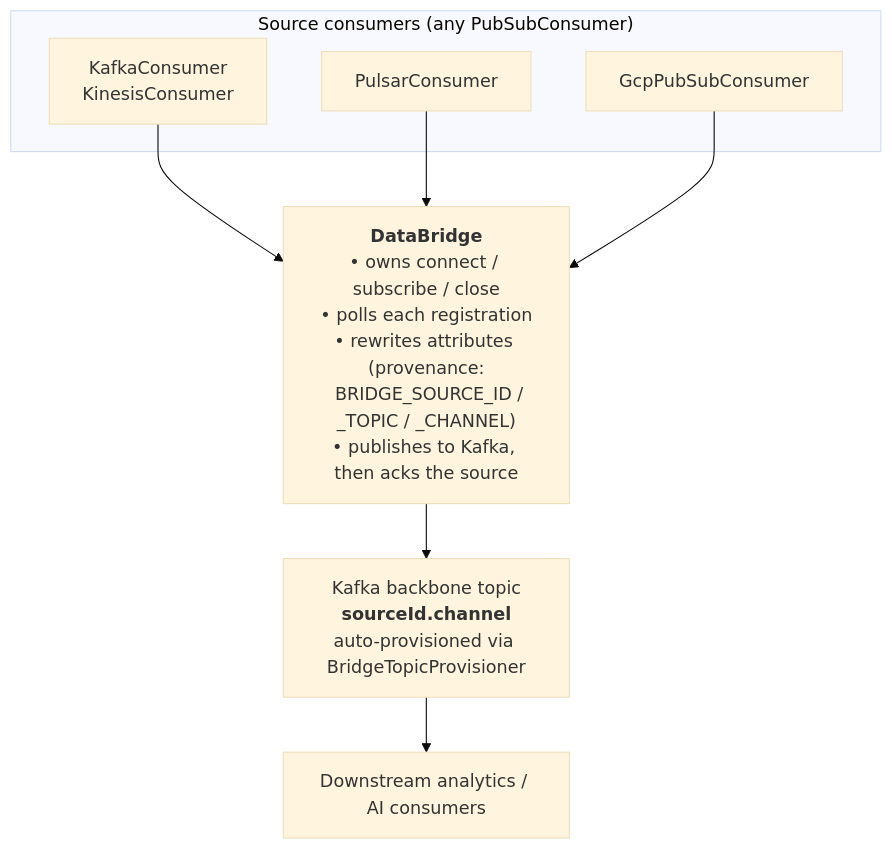
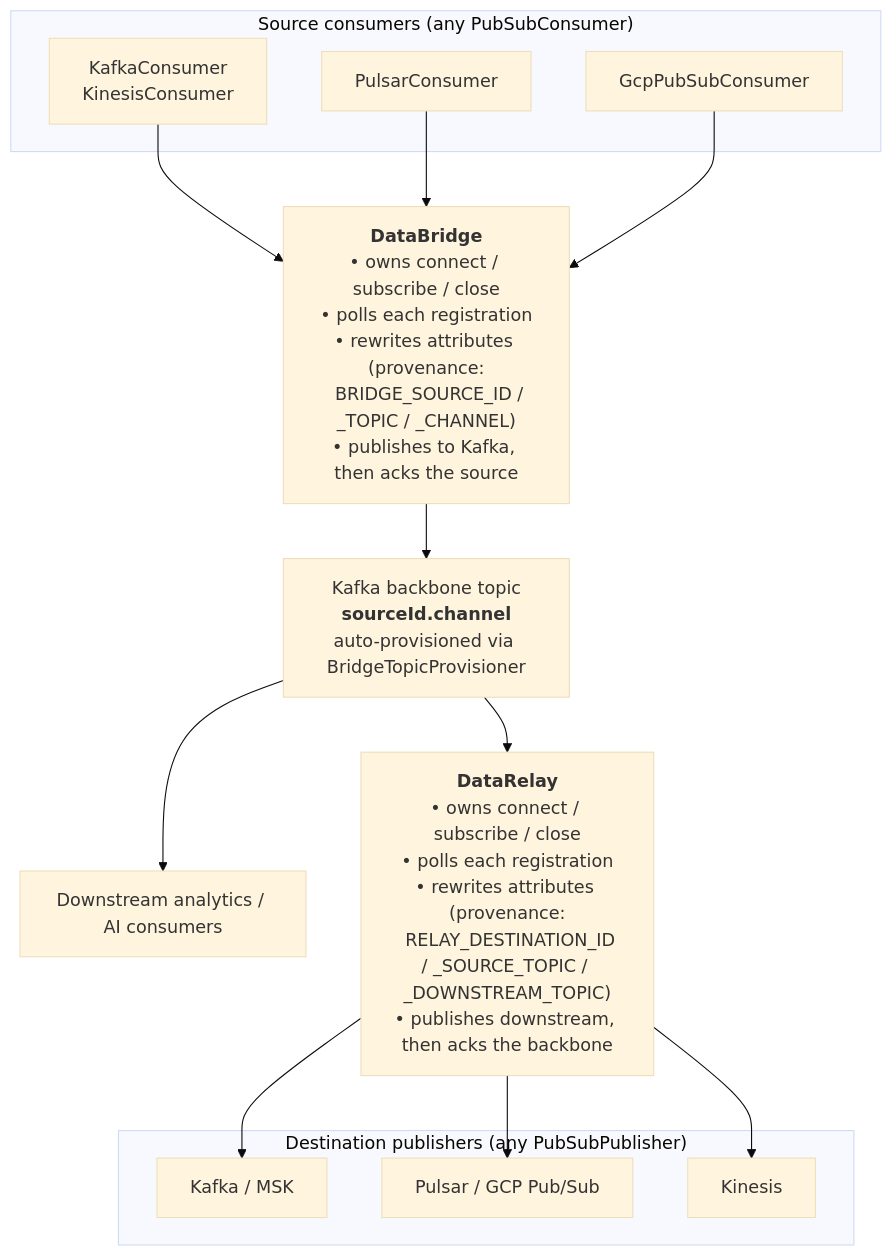
One commit to brandonkindred/Unified-data-processing changed the diagram in README.md. Above: the diagram before and after it, drawn with Mermaid (base theme). The commit also changed other lines of this file and 12 other files, not shown here.

First line of the commit message:
Add DataRelay: Kafka backbone → external publisher fan-out (#37)

````diff
--- a/README.md
+++ b/README.md
@@ -120,20 +139,32 @@
 ```mermaid
 flowchart TD
     subgraph Sources["Source consumers (any PubSubConsumer)"]
         K["KafkaConsumer<br/>KinesisConsumer"]
         P["PulsarConsumer"]
         G["GcpPubSubConsumer"]
     end
 
     DB["<b>DataBridge</b><br/>• owns connect / subscribe / close<br/>• polls each registration<br/>• rewrites attributes (provenance:<br/>&nbsp;&nbsp;BRIDGE_SOURCE_ID / _TOPIC / _CHANNEL)<br/>• publishes to Kafka, then acks the source"]
 
     KT["Kafka backbone topic<br/><b>sourceId.channel</b><br/>auto-provisioned via BridgeTopicProvisioner"]
 
     DC["Downstream analytics / AI consumers"]
 
+    DR["<b>DataRelay</b><br/>• owns connect / subscribe / close<br/>• polls each registration<br/>• rewrites attributes (provenance:<br/>&nbsp;&nbsp;RELAY_DESTINATION_ID / _SOURCE_TOPIC / _DOWNSTREAM_TOPIC)<br/>• publishes downstream, then acks the backbone"]
+
+    subgraph Destinations["Destination publishers (any PubSubPublisher)"]
+        DK["Kafka / MSK"]
+        DP["Pulsar / GCP Pub/Sub"]
+        DKi["Kinesis"]
+    end
+
     K --> DB
     P --> DB
     G --> DB
     DB --> KT
     KT --> DC
+    KT --> DR
+    DR --> DK
+    DR --> DP
+    DR --> DKi
 ```
````
